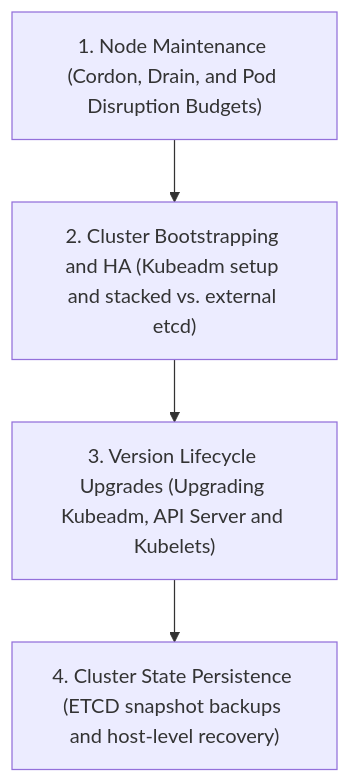
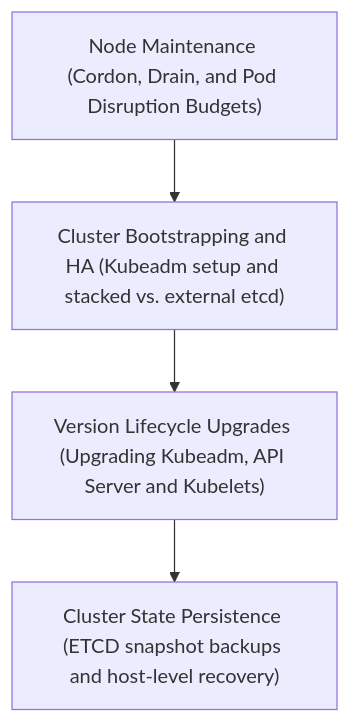
One commit to kmashour/BrainDump changed the first of 3 diagrams in Reference Notes/11_maintenance_upgrades_and_etcd.md. Above: the diagram before and after it, drawn with Mermaid. The commit also changed 15 other files, not shown here.

Commit message:
docs: remove leading numbers from mermaid node labels to avoid list parsing errors

````diff
--- a/Reference Notes/11_maintenance_upgrades_and_etcd.md
+++ b/Reference Notes/11_maintenance_upgrades_and_etcd.md
@@ -11,6 +11,6 @@
 ```mermaid
 graph TD
-    A["1. Node Maintenance (Cordon, Drain, and Pod Disruption Budgets)"] --> B["2. Cluster Bootstrapping and HA (Kubeadm setup and stacked vs. external etcd)"]
-    B --> C["3. Version Lifecycle Upgrades (Upgrading Kubeadm, API Server and Kubelets)"]
-    C --> D["4. Cluster State Persistence (ETCD snapshot backups and host-level recovery)"]
+    A["Node Maintenance (Cordon, Drain, and Pod Disruption Budgets)"] --> B["Cluster Bootstrapping and HA (Kubeadm setup and stacked vs. external etcd)"]
+    B --> C["Version Lifecycle Upgrades (Upgrading Kubeadm, API Server and Kubelets)"]
+    C --> D["Cluster State Persistence (ETCD snapshot backups and host-level recovery)"]
 ```
````
